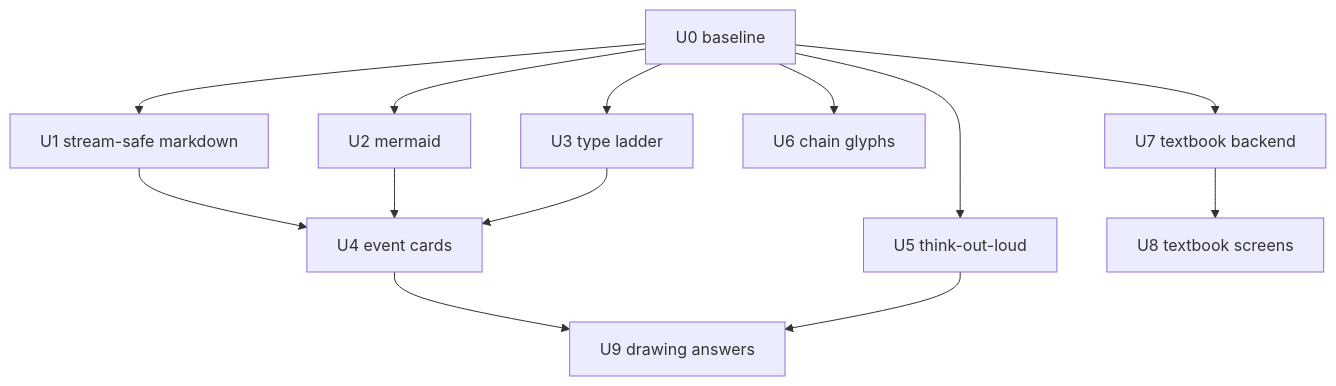
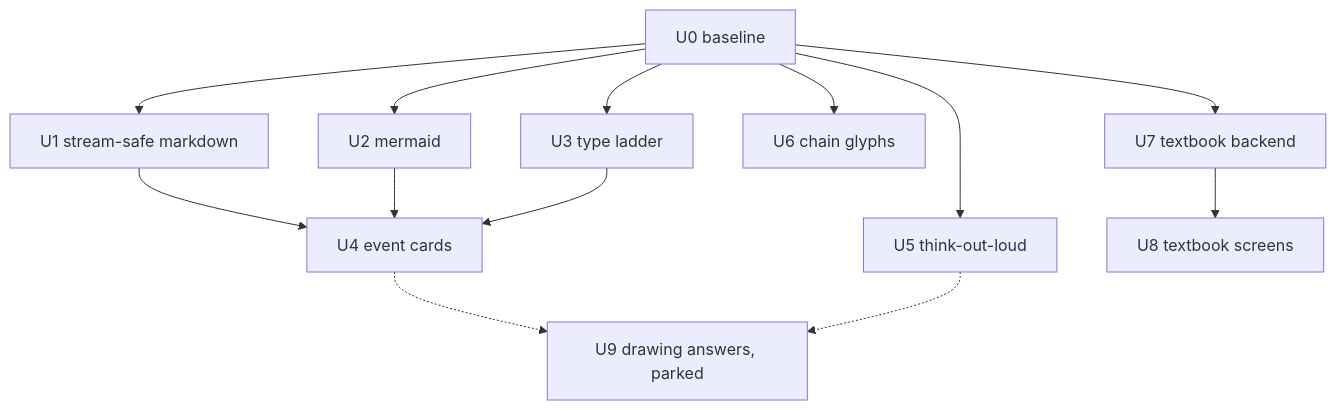
One commit to PrathamBhavsar/learnpuppy changed the diagram in brain/ui-polish/tasks.md. Above: the diagram before and after it, drawn with Mermaid. The commit also changed other lines of this file and 2 other files, not shown here.

````diff
--- a/brain/ui-polish/tasks.md
+++ b/brain/ui-polish/tasks.md
@@ -17,15 +17,15 @@
 ```mermaid
 graph TD
   U0[U0 baseline] --> U1[U1 stream-safe markdown]
   U0 --> U2[U2 mermaid]
   U0 --> U3[U3 type ladder]
   U1 --> U4[U4 event cards]
   U2 --> U4
   U3 --> U4
   U0 --> U5[U5 think-out-loud]
   U0 --> U6[U6 chain glyphs]
   U0 --> U7[U7 textbook backend]
   U7 --> U8[U8 textbook screens]
-  U4 --> U9[U9 drawing answers]
-  U5 --> U9
+  U4 -.-> U9[U9 drawing answers, parked]
+  U5 -.-> U9
 ```
````
